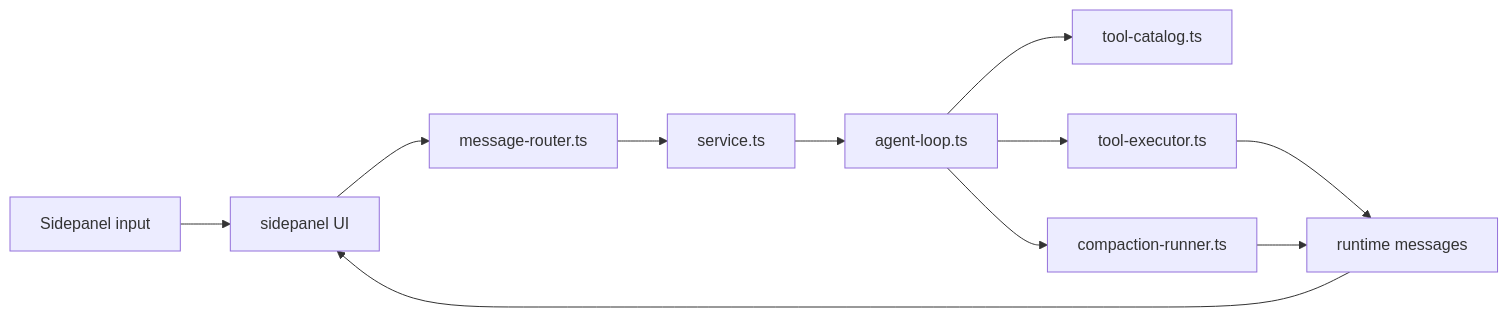
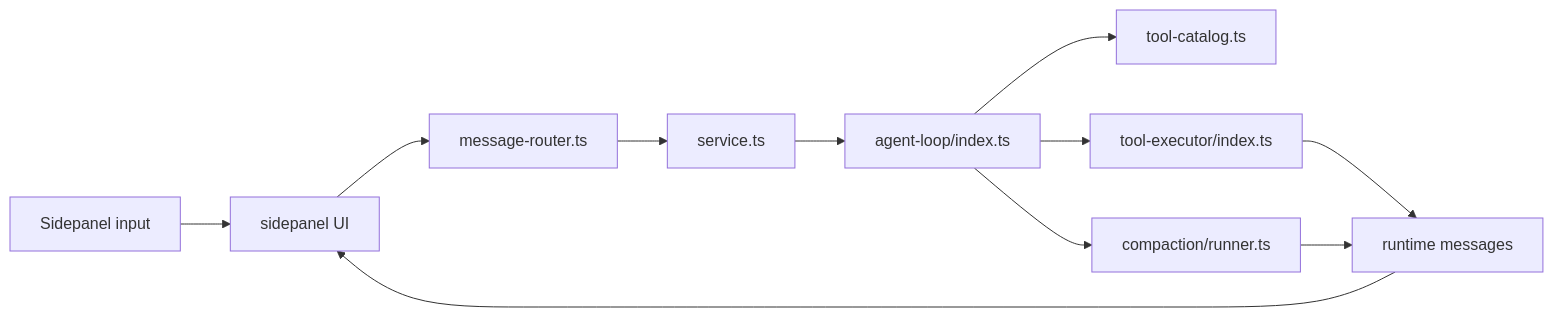
The diagram in docs/agent-pipeline.md (jasonkneen/parchi), drawn with Mermaid before and after one commit. The commit also changed other lines of this file and 327 other files, not shown here.

````diff
--- a/docs/agent-pipeline.md
+++ b/docs/agent-pipeline.md
@@ -5,13 +5,13 @@
 ```mermaid
 flowchart LR
     U["Sidepanel input"] --> SP["sidepanel UI"]
     SP --> MR["message-router.ts"]
     MR --> SVC["service.ts"]
-    SVC --> LOOP["agent-loop.ts"]
+    SVC --> LOOP["agent-loop/index.ts"]
     LOOP --> CAT["tool-catalog.ts"]
-    LOOP --> EXEC["tool-executor.ts"]
-    LOOP --> COMP["compaction-runner.ts"]
+    LOOP --> EXEC["tool-executor/index.ts"]
+    LOOP --> COMP["compaction/runner.ts"]
     EXEC --> RT["runtime messages"]
     COMP --> RT
     RT --> SP
 ```
````
